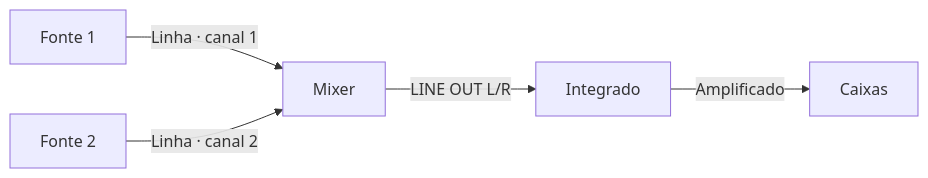
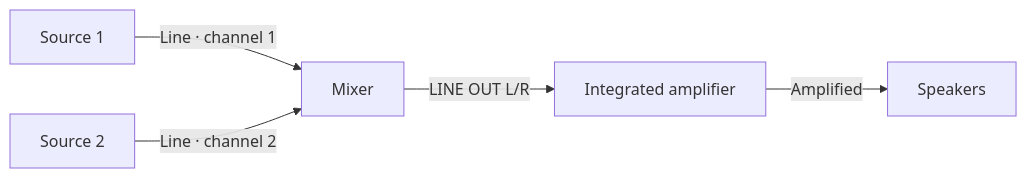
One commit to gperegr/AudioSystem changed the diagram in docs/diagrams/exemplos-de-montagem-04.mmd. Above: the diagram before and after it, drawn with Mermaid. The commit also changed 79 other files, not shown here.

```diff
--- a/docs/diagrams/exemplos-de-montagem-04.mmd
+++ b/docs/diagrams/exemplos-de-montagem-04.mmd
@@ -1,5 +1,5 @@
 flowchart LR
-    F1["Fonte 1"] -->|"Linha · canal 1"| M["Mixer"]
-    F2["Fonte 2"] -->|"Linha · canal 2"| M
-    M -->|"LINE OUT L/R"| I["Integrado"]
-    I -->|"Amplificado"| C["Caixas"]
+    F1["Source 1"] -->|"Line · channel 1"| M["Mixer"]
+    F2["Source 2"] -->|"Line · channel 2"| M
+    M -->|"LINE OUT L/R"| I["Integrated amplifier"]
+    I -->|"Amplified"| C["Speakers"]
```
